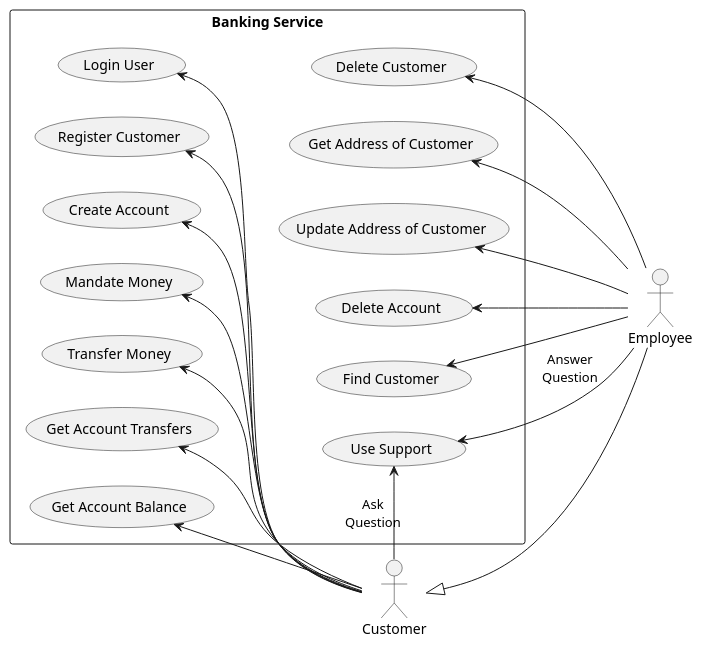
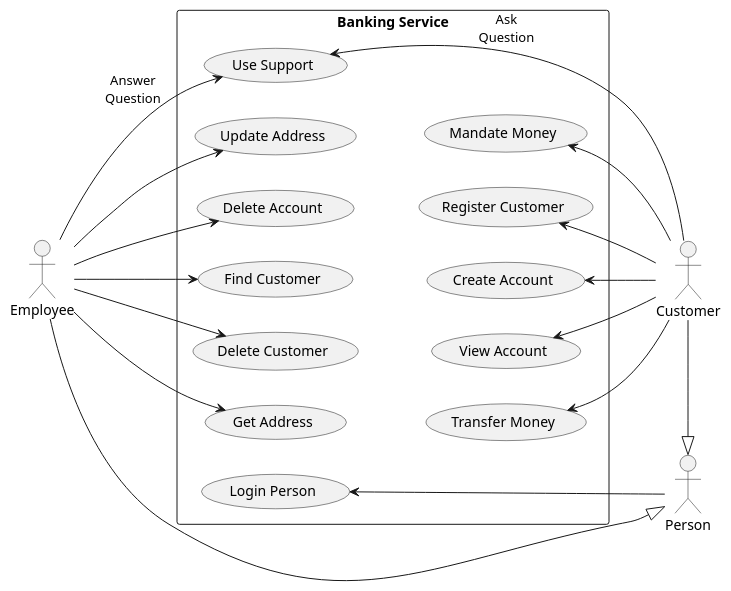
One commit to SteffBauer/sw_project changed the diagram in documentation/diagrams/DiagramUseCase_BankingService.puml. Above: the diagram before and after it, drawn with PlantUML. The commit also changed 3 other files, not shown here.

Commit message:
worked on diagrams

```diff
--- a/documentation/diagrams/DiagramUseCase_BankingService.puml
+++ b/documentation/diagrams/DiagramUseCase_BankingService.puml
@@ -1,66 +1,67 @@
 @startuml
 
 left to right direction
 skinparam monochrome true
 
+actor "Person" as p
 actor "Customer" as c
 actor "Employee" as e
 
-c <|-- e
+c -|> p
+p <|-up- e
 
 rectangle "Banking Service" as Banking {
 
   usecase "Create Account" as uc11
   usecase "Find Customer" as uc12
   usecase "Delete Customer" as uc13
-  usecase "Get Address of Customer" as uc14
-  usecase "Update Address of Customer" as uc15
+  usecase "Get Address" as uc14
+  usecase "Update Address" as uc15
   usecase "Mandate Money" as uc16
   usecase "Delete Account" as uc17
 
-  usecase "Login User" as uc21
+  usecase "Login Person" as uc21
 
   usecase "Use Support" as uc31
 
   usecase "Transfer Money" as uc41
-  usecase "Get Account Transfers" as uc42
-  usecase "Get Account Balance" as uc43
+  usecase "View Account" as uc42
   usecase "Register Customer" as uc44
 }
 
 ' Customer Service
 uc11 <-- c
 uc16 <-- c
 
 e --> uc12
 e --> uc13
 e --> uc14
 e --> uc15
 e --> uc17
 
 
 ' Session Service
-uc21 <-- c
+uc21 <- p
 
 
 ' Support Service
 'uc31 --> chat
 uc31 <-- c : Ask\nQuestion
 e --> uc31 : Answer\nQuestion
 
 
 ' Banking Service
 uc41 <-- c
 uc42 <-- c
-uc43 <-- c
 uc44 <-- c
 
 ' Layout
-uc21 -[hidden]-> uc12
-uc21 -[hidden]-> uc13
-uc21 -[hidden]-> uc14
-uc21 -[hidden]-> uc15
-uc21 -[hidden]-> uc17
-uc44 -[hidden]-> uc31
+uc12 -[hidden]-> uc11
+uc13 -[hidden]-> uc42
+uc14 -[hidden]-> uc41
+uc15 -[hidden]-> uc16
+uc17 -[hidden]-> uc44
+'uc12 -[hidden]-> uc21
+'uc31 -[hidden]> uc21
 
 @enduml
```
